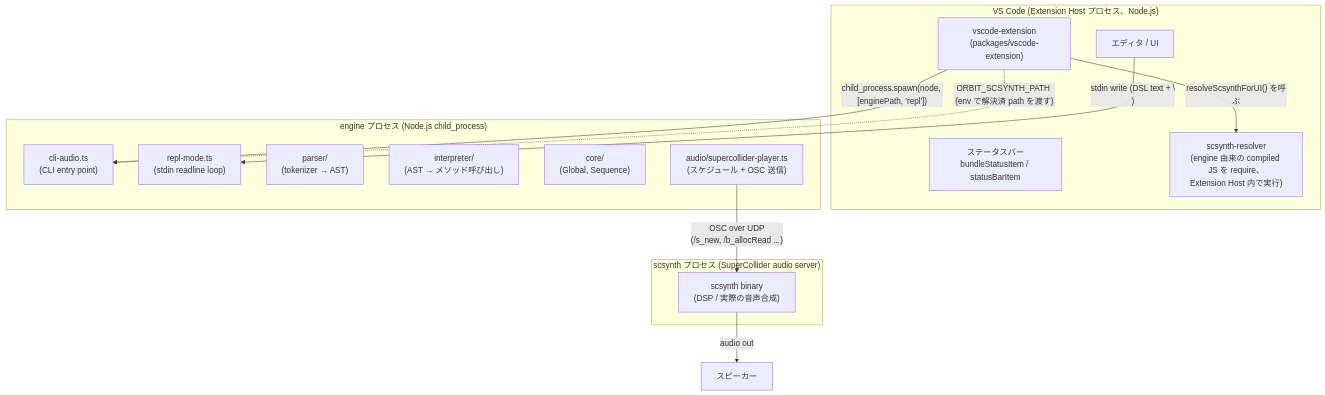
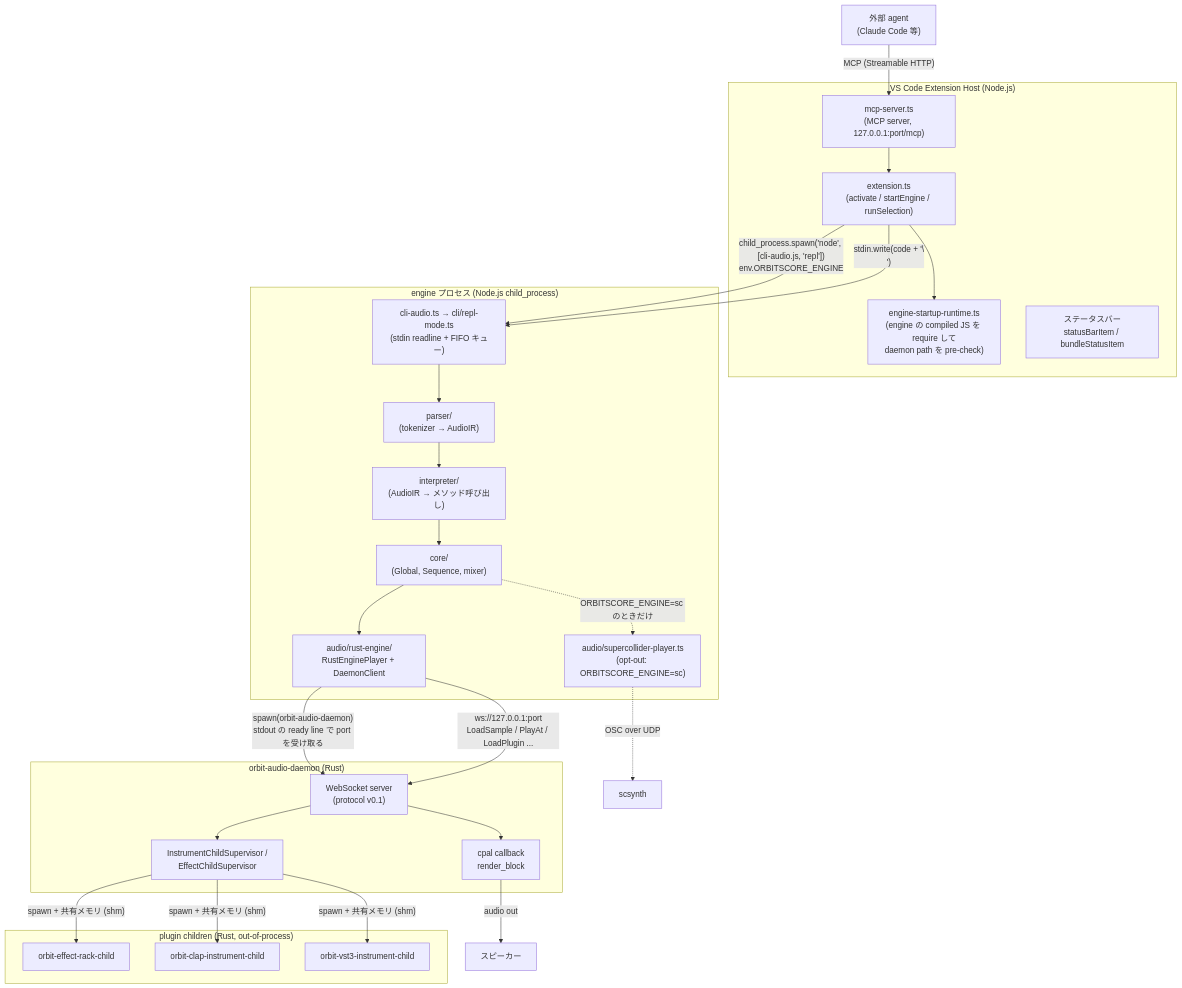
Before and after one commit to signalcompose/orbitscore: the first of 2 diagrams in sites/dev/orientation/architecture-overview.md, drawn with Mermaid. The commit also changed other lines of this file and 14 other files, not shown here.

First line of the commit message:
docs(dev-site): re-verify the overview, pipeline, SuperCollider path, and ADR-002 chapters (ja/en)

````diff
--- a/sites/dev/orientation/architecture-overview.md
+++ b/sites/dev/orientation/architecture-overview.md
@@ -21,30 +29,47 @@
 ```mermaid
 graph TD
-  subgraph "VS Code (Extension Host プロセス、Node.js)"
-    EXT["vscode-extension\n(packages/vscode-extension)"]
-    EDITOR["エディタ / UI"]
-    STATUSBAR["ステータスバー\nbundleStatusItem / statusBarItem"]
-    RESOLVER["scsynth-resolver\n(engine 由来の compiled JS を require、\nExtension Host 内で実行)"]
+  subgraph "VS Code Extension Host (Node.js)"
+    EXT["extension.ts\n(activate / startEngine / runSelection)"]
+    MCP["mcp-server.ts\n(MCP server, 127.0.0.1:port/mcp)"]
+    RESOLVER["engine-startup-runtime.ts\n(engine の compiled JS を require して\ndaemon path を pre-check)"]
+    STATUS["ステータスバー\nstatusBarItem / bundleStatusItem"]
   end
 
   subgraph "engine プロセス (Node.js child_process)"
-    CLI["cli-audio.ts\n(CLI entry point)"]
-    REPL["repl-mode.ts\n(stdin readline loop)"]
-    PARSER["parser/\n(tokenizer → AST)"]
-    INTERP["interpreter/\n(AST → メソッド呼び出し)"]
-    CORE["core/\n(Global, Sequence)"]
-    AUDIO["audio/supercollider-player.ts\n(スケジュール + OSC 送信)"]
+    CLI["cli-audio.ts → cli/repl-mode.ts\n(stdin readline + FIFO キュー)"]
+    PARSER["parser/\n(tokenizer → AudioIR)"]
+    INTERP["interpreter/\n(AudioIR → メソッド呼び出し)"]
+    CORE["core/\n(Global, Sequence, mixer)"]
+    PLAYER["audio/rust-engine/\nRustEnginePlayer + DaemonClient"]
+    SC["audio/supercollider-player.ts\n(opt-out: ORBITSCORE_ENGINE=sc)"]
   end
 
-  subgraph "scsynth プロセス (SuperCollider audio server)"
-    SCSYNTH["scsynth binary\n(DSP / 実際の音声合成)"]
+  subgraph "orbit-audio-daemon (Rust)"
+    WS["WebSocket server\n(protocol v0.1)"]
+    RENDER["cpal callback\nrender_block"]
+    SUP["InstrumentChildSupervisor /\nEffectChildSupervisor"]
   end
 
-  EDITOR -->|"stdin write (DSL text + \\n)"| REPL
-  EXT -->|"child_process.spawn(node, [enginePath, 'repl'])"| CLI
-  AUDIO -->|"OSC over UDP\n(/s_new, /b_allocRead ...)"| SCSYNTH
-  SCSYNTH -->|"audio out"| DAC["スピーカー"]
+  subgraph "plugin children (Rust, out-of-process)"
+    CHILD1["orbit-effect-rack-child"]
+    CHILD2["orbit-clap-instrument-child"]
+    CHILD3["orbit-vst3-instrument-child"]
+  end
 
-  EXT -->|"resolveScsynthForUI() を呼ぶ"| RESOLVER
-  EXT -.->|"ORBIT_SCSYNTH_PATH (env で解決済 path を渡す)"| CLI
+  AGENT["外部 agent\n(Claude Code 等)"] -->|"MCP (Streamable HTTP)"| MCP
+  MCP --> EXT
+  EXT -->|"child_process.spawn('node', [cli-audio.js, 'repl'])\nenv.ORBITSCORE_ENGINE"| CLI
+  EXT -->|"stdin.write(code + '\\n')"| CLI
+  EXT --> RESOLVER
+  CLI --> PARSER --> INTERP --> CORE --> PLAYER
+  CORE -.->|"ORBITSCORE_ENGINE=sc のときだけ"| SC
+  PLAYER -->|"spawn(orbit-audio-daemon)\nstdout の ready line で port を受け取る"| WS
+  PLAYER -->|"ws://127.0.0.1:port\nLoadSample / PlayAt / LoadPlugin ..."| WS
+  WS --> RENDER
+  WS --> SUP
+  SUP -->|"spawn + 共有メモリ (shm)"| CHILD1
+  SUP -->|"spawn + 共有メモリ (shm)"| CHILD2
+  SUP -->|"spawn + 共有メモリ (shm)"| CHILD3
+  RENDER -->|"audio out"| DAC["スピーカー"]
+  SC -.->|"OSC over UDP"| SCSYNTH["scsynth"]
 ```
````
